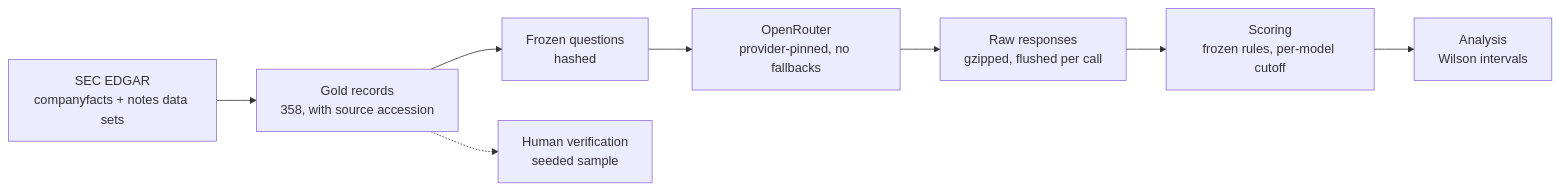
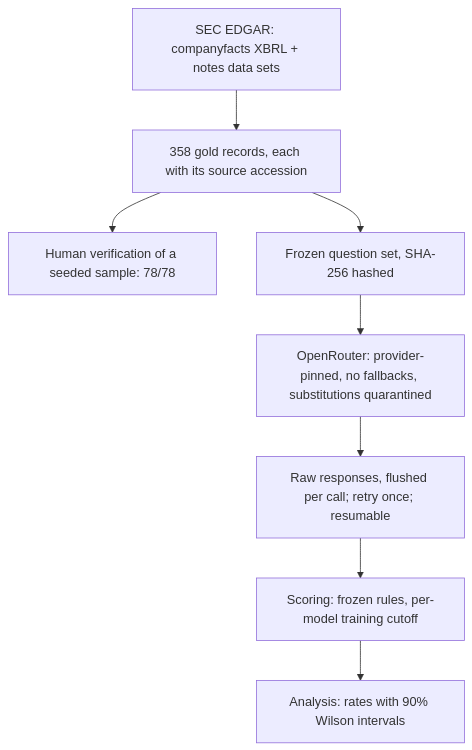
One commit to LBB2005/tickmark changed the diagram in README.md. Above: the diagram before and after it, drawn with Mermaid.

Commit message:
docs: lay out the README pipeline diagram top to bottom so it stays legible

````diff
--- a/README.md
+++ b/README.md
@@ -113,10 +113,10 @@
 ```mermaid
-flowchart LR
-    A[SEC EDGAR<br/>companyfacts + notes data sets] --> B[Gold records<br/>358, with source accession]
-    B --> C[Frozen questions<br/>hashed]
-    C --> D[OpenRouter<br/>provider-pinned, no fallbacks]
-    D --> E[Raw responses<br/>gzipped, flushed per call]
-    E --> F[Scoring<br/>frozen rules, per-model cutoff]
-    F --> G[Analysis<br/>Wilson intervals]
-    B -.-> H[Human verification<br/>seeded sample]
+flowchart TD
+    A["SEC EDGAR: companyfacts XBRL + notes data sets"] --> B["358 gold records, each with its source accession"]
+    B --> H["Human verification of a seeded sample: 78/78"]
+    B --> C["Frozen question set, SHA-256 hashed"]
+    C --> D["OpenRouter: provider-pinned, no fallbacks, substitutions quarantined"]
+    D --> E["Raw responses, flushed per call; retry once; resumable"]
+    E --> F["Scoring: frozen rules, per-model training cutoff"]
+    F --> G["Analysis: rates with 90% Wilson intervals"]
 ```
````
